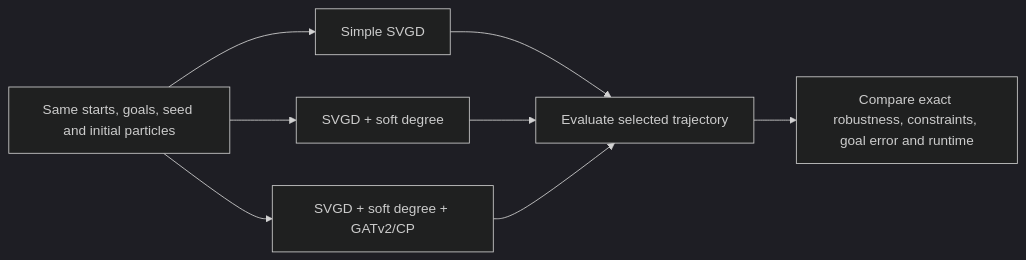
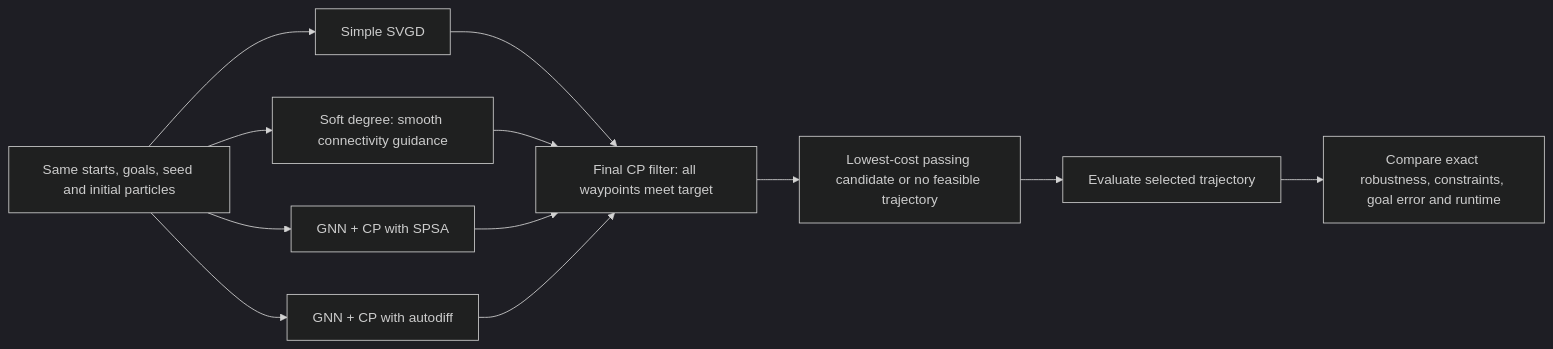
One commit to Sean-THL/jax_GNN changed the diagram in planning/README.md. Above: the diagram before and after it, drawn with Mermaid (dark theme). The commit also changed other lines of this file and 108 other files, not shown here.

````diff
--- a/planning/README.md
+++ b/planning/README.md
@@ -131,10 +305,14 @@
 ```mermaid
 flowchart LR
     A[Same starts, goals, seed and initial particles] --> B[Simple SVGD]
-    A --> C[SVGD + soft degree]
-    A --> D[SVGD + soft degree + GATv2/CP]
-    B --> E[Evaluate selected trajectory]
-    C --> E
-    D --> E
+    A --> C[Soft degree: smooth connectivity guidance]
+    A --> D[GNN + CP with SPSA]
+    A --> I[GNN + CP with autodiff]
+    B --> G[Final CP filter: all waypoints meet target]
+    C --> G
+    D --> G
+    I --> G
+    G --> H[Lowest-cost passing candidate or no feasible trajectory]
+    H --> E[Evaluate selected trajectory]
     E --> F[Compare exact robustness, constraints, goal error and runtime]
 ```
````
